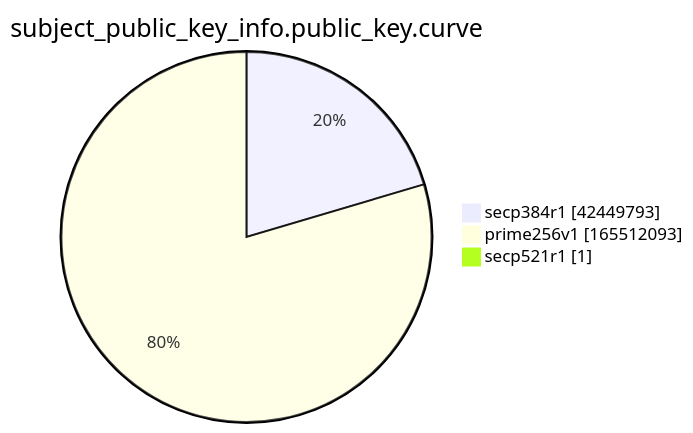
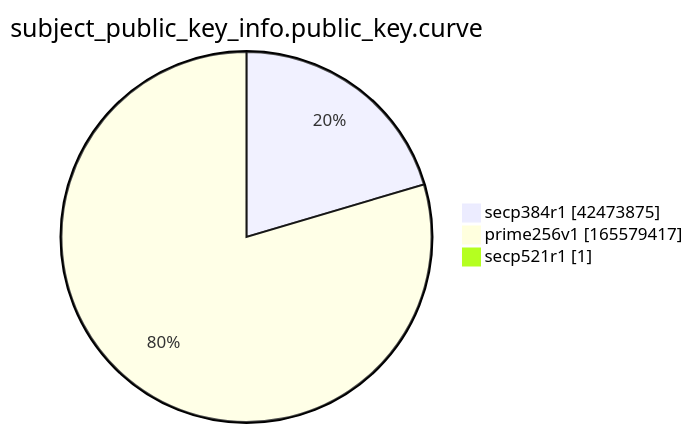
Before and after one commit to christiankrug/ctmonitor_visualization: the ninth of 15 diagrams in xenon2022/README.md, drawn with Mermaid. The commit also changed other lines of this file, not shown here.

````diff
--- a/xenon2022/README.md
+++ b/xenon2022/README.md
@@ -2869,7 +2869,7 @@
 ```mermaid
 pie showData
 title subject_public_key_info.public_key.curve
-"secp384r1" :42449793
-"prime256v1" :165512093
+"secp384r1" :42473875
+"prime256v1" :165579417
 "secp521r1" :1
 ```
````
